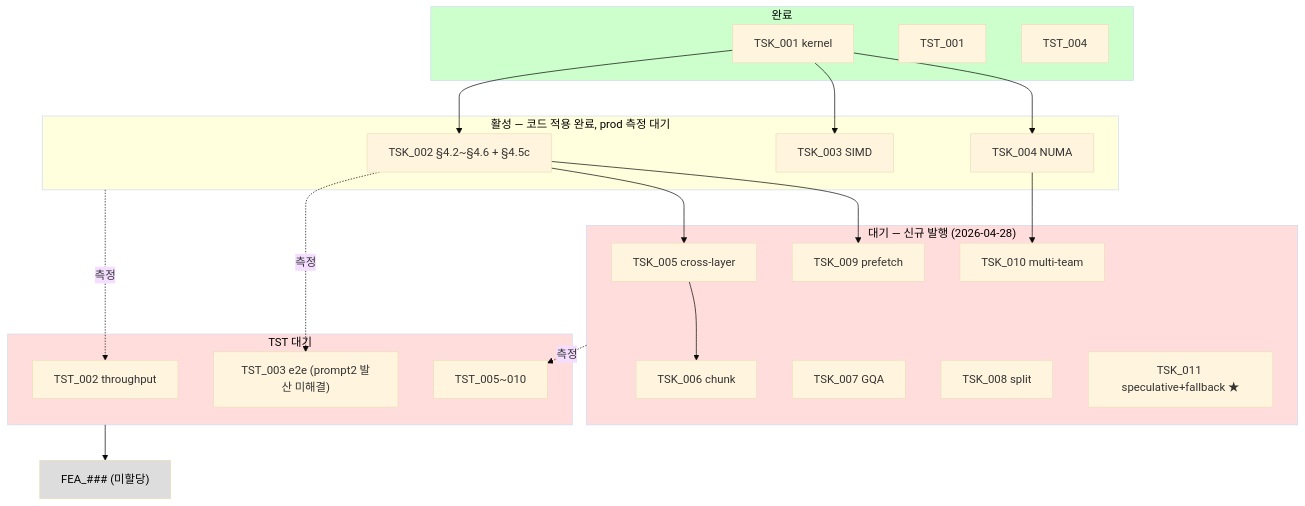
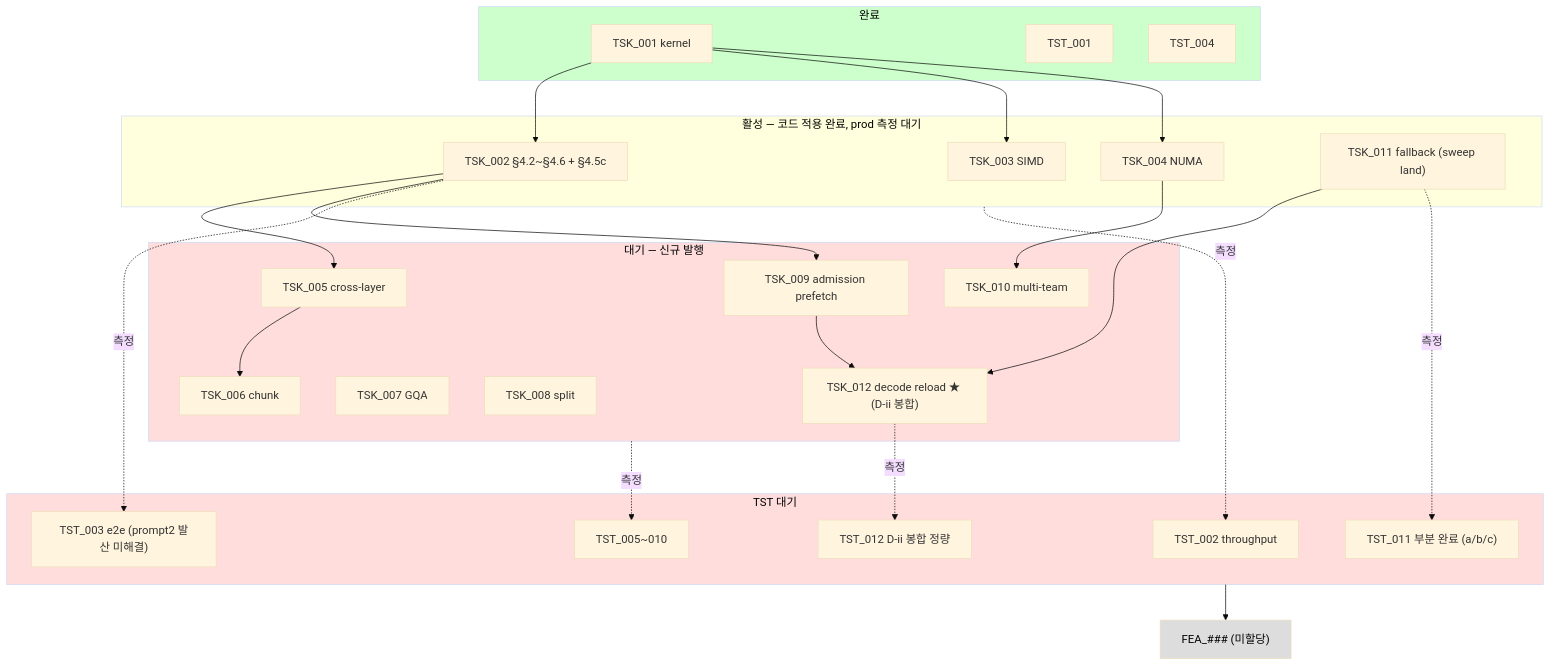
One commit to mystous/vllm_hybrid changed the second of 2 diagrams in shadow_assists/features/IDE_006/README.md. Above: the diagram before and after it, drawn with Mermaid (base theme). The commit also changed other lines of this file and 59 other files, not shown here.

````diff
--- a/shadow_assists/features/IDE_006/README.md
+++ b/shadow_assists/features/IDE_006/README.md
@@ -302,46 +305,53 @@
 ```mermaid
 flowchart TB
     subgraph DONE["완료"]
         T1["TSK_001 kernel"]
         TT1["TST_001"]
         TT4["TST_004"]
     end
     subgraph ACTIVE["활성 — 코드 적용 완료, prod 측정 대기"]
         T2["TSK_002 §4.2~§4.6 + §4.5c"]
         T3["TSK_003 SIMD"]
         T4["TSK_004 NUMA"]
+        T11["TSK_011 fallback (sweep land)"]
     end
-    subgraph WAIT_TSK["대기 — 신규 발행 (2026-04-28)"]
+    subgraph WAIT_TSK["대기 — 신규 발행"]
         T5["TSK_005 cross-layer"]
         T6["TSK_006 chunk"]
         T7["TSK_007 GQA"]
         T8["TSK_008 split"]
-        T9["TSK_009 prefetch"]
+        T9["TSK_009 admission prefetch"]
         T10["TSK_010 multi-team"]
-        T11["TSK_011 speculative+fallback ★"]
+        T12["TSK_012 decode reload ★ (D-ii 봉합)"]
     end
     subgraph WAIT_TST["TST 대기"]
         TT2["TST_002 throughput"]
         TT3["TST_003 e2e (prompt2 발산 미해결)"]
+        TT11["TST_011 부분 완료 (a/b/c)"]
+        TT12["TST_012 D-ii 봉합 정량"]
         TT5_10["TST_005~010"]
     end
     FEA["FEA_### (미할당)"]
 
     T1 --> T2
     T1 --> T3
     T1 --> T4
     T2 --> T5
     T2 --> T9
     T4 --> T10
     T5 --> T6
+    T11 --> T12
+    T9 --> T12
     ACTIVE -.측정.-> TT2
     T2 -.측정.-> TT3
+    T11 -.측정.-> TT11
+    T12 -.측정.-> TT12
     WAIT_TSK -.측정.-> TT5_10
     WAIT_TST --> FEA
 
     style DONE fill:#cfc,color:#000
     style ACTIVE fill:#ffd,color:#000
     style WAIT_TSK fill:#fdd,color:#000
     style WAIT_TST fill:#fdd,color:#000
     style FEA fill:#ddd,color:#000
 ```
````
